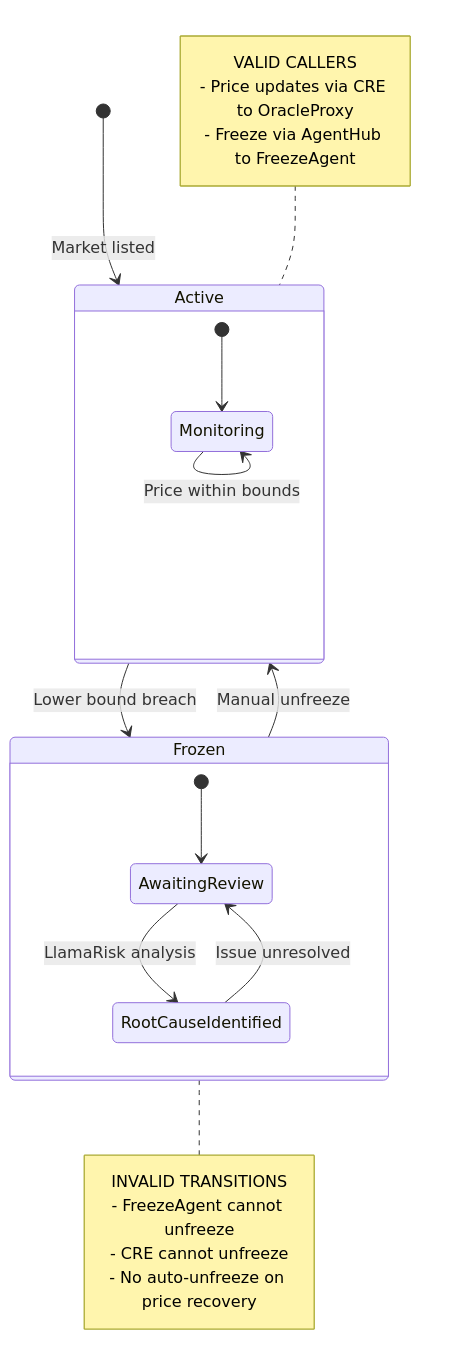
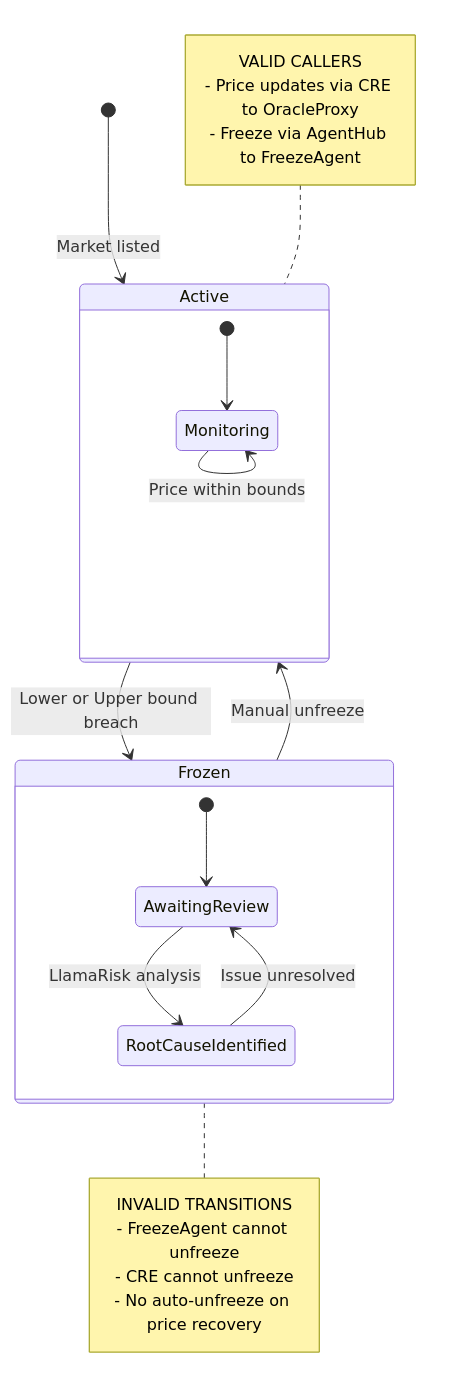
Before and after one commit to llama-risk/llamaguard-contracts: the second of 2 diagrams in docs/architecture.md, drawn with Mermaid. The commit also changed other lines of this file, not shown here.

````diff
--- a/docs/architecture.md
+++ b/docs/architecture.md
@@ -193,31 +193,31 @@
 ```mermaid
 stateDiagram-v2
     [*] --> Active: Market listed
 
     state Active {
         [*] --> Monitoring
         Monitoring --> Monitoring: Price within bounds
     }
 
     state Frozen {
         [*] --> AwaitingReview
         AwaitingReview --> RootCauseIdentified: LlamaRisk analysis
         RootCauseIdentified --> AwaitingReview: Issue unresolved
     }
 
-    Active --> Frozen: Lower bound breach
+    Active --> Frozen: Lower or Upper bound breach
     Frozen --> Active: Manual unfreeze
 
     note right of Frozen
         INVALID TRANSITIONS
         - FreezeAgent cannot unfreeze
         - CRE cannot unfreeze
         - No auto-unfreeze on price recovery
     end note
 
     note left of Active
         VALID CALLERS
         - Price updates via CRE to OracleProxy
         - Freeze via AgentHub to FreezeAgent
     end note
 ```
````
